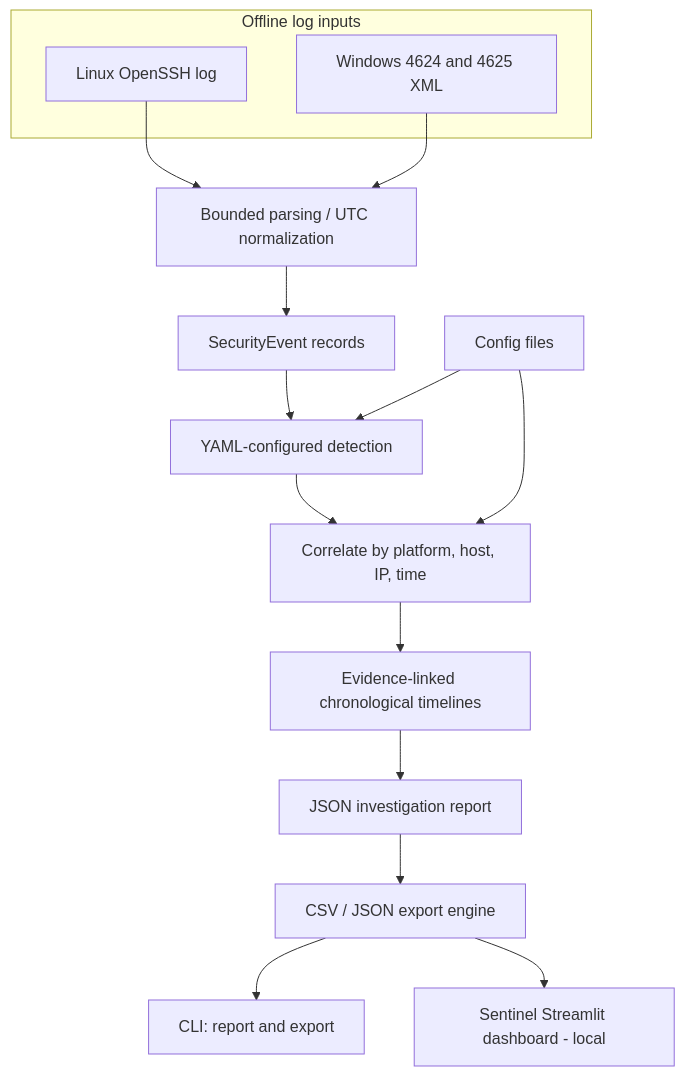
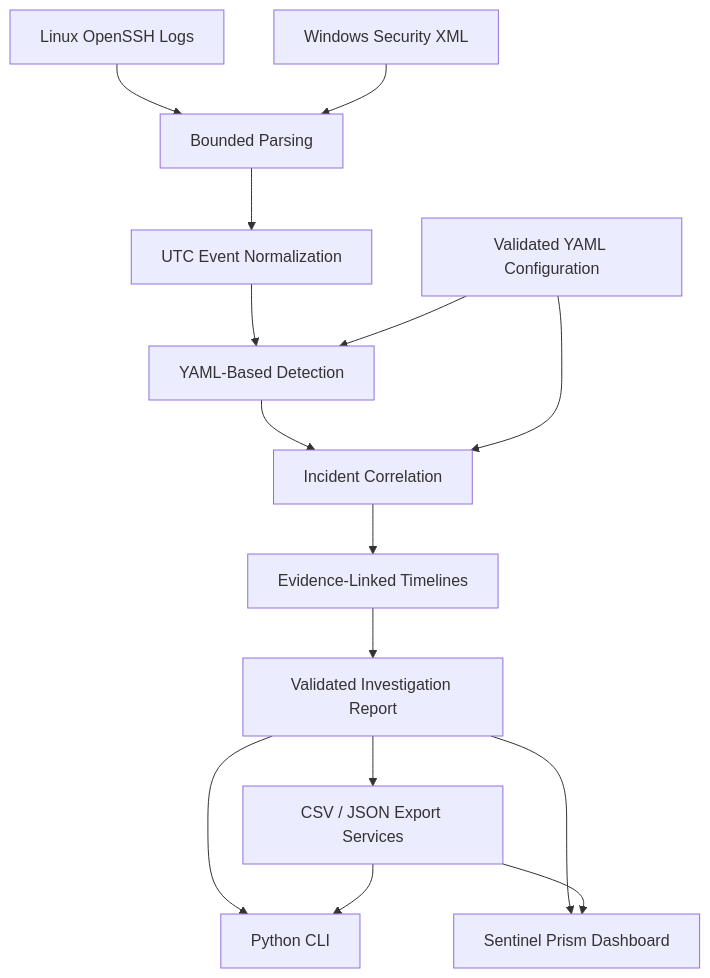
Before and after one commit to Abdullah-Al-Mahi/python-security-log-toolkit: the first of 3 diagrams in docs/ARCHITECTURE.md, drawn with Mermaid. The commit also changed other lines of this file and 11 other files, not shown here.

````diff
--- a/docs/ARCHITECTURE.md
+++ b/docs/ARCHITECTURE.md
@@ -12,19 +17,17 @@
 ```mermaid
 flowchart TD
-    subgraph In[Offline log inputs]
-      L[Linux OpenSSH log]
-      W[Windows 4624 and 4625 XML]
-    end
-    L --> P[Bounded parsing / UTC normalization]
-    W --> P
-    P --> N[SecurityEvent records]
-    N --> D[YAML-configured detection]
-    D --> C[Correlate by platform, host, IP, time]
-    C --> I[Evidence-linked chronological timelines]
-    I --> R[JSON investigation report]
-    R --> E[CSV / JSON export engine]
-    E --> CLI[CLI: report and export]
-    E --> DASH[Sentinel Streamlit dashboard - local]
-    CFG[Config files] --> D
+    L["Linux OpenSSH Logs"] --> P["Bounded Parsing"]
+    W["Windows Security XML"] --> P
+    P --> N["UTC Event Normalization"]
+    N --> D["YAML-Based Detection"]
+    D --> C["Incident Correlation"]
+    C --> T["Evidence-Linked Timelines"]
+    T --> R["Validated Investigation Report"]
+    R --> X["CSV / JSON Export Services"]
+    R --> CLI["Python CLI"]
+    R --> UI["Sentinel Prism Dashboard"]
+    X --> CLI
+    X --> UI
+    CFG["Validated YAML Configuration"] --> D
     CFG --> C
 ```
````
